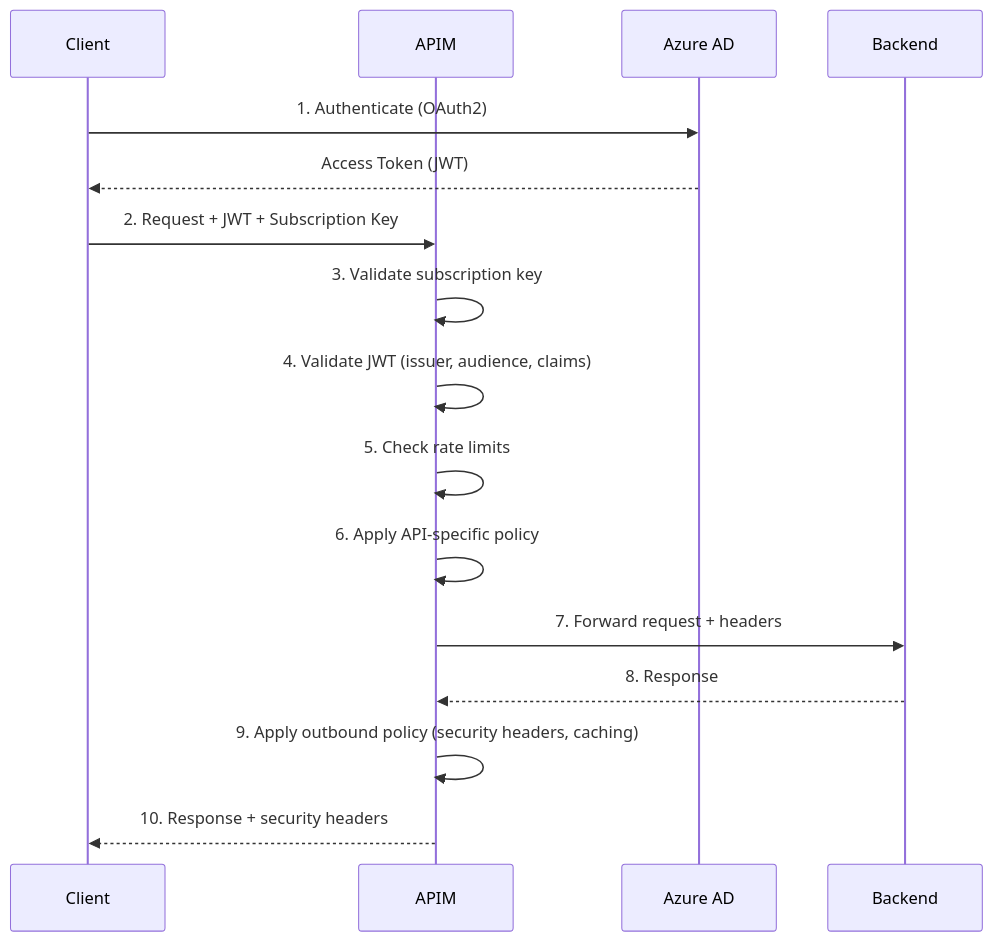
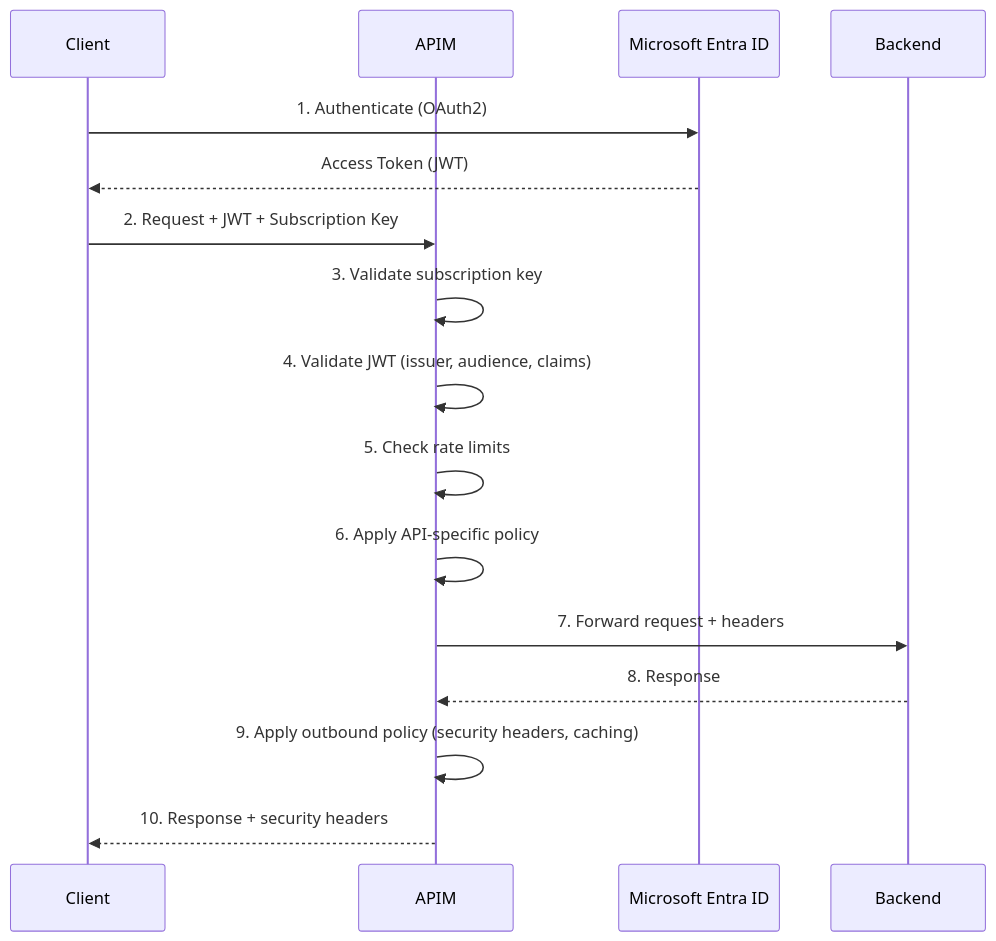
The second of 2 diagrams in docs/guides/apim-data-mesh-gateway.md (fgarofalo56/csa-inabox), drawn with Mermaid before and after one commit. The commit also changed other lines of this file and 143 other files, not shown here.

````diff
--- a/docs/guides/apim-data-mesh-gateway.md
+++ b/docs/guides/apim-data-mesh-gateway.md
@@ -75,19 +75,19 @@
 ```mermaid
 sequenceDiagram
     participant Client
     participant APIM
-    participant AzureAD as Azure AD
+    participant AzureAD as Microsoft Entra ID
     participant Backend
 
     Client->>AzureAD: 1. Authenticate (OAuth2)
     AzureAD-->>Client: Access Token (JWT)
     Client->>APIM: 2. Request + JWT + Subscription Key
     APIM->>APIM: 3. Validate subscription key
     APIM->>APIM: 4. Validate JWT (issuer, audience, claims)
     APIM->>APIM: 5. Check rate limits
     APIM->>APIM: 6. Apply API-specific policy
     APIM->>Backend: 7. Forward request + headers
     Backend-->>APIM: 8. Response
     APIM->>APIM: 9. Apply outbound policy (security headers, caching)
     APIM-->>Client: 10. Response + security headers
 ```
````
